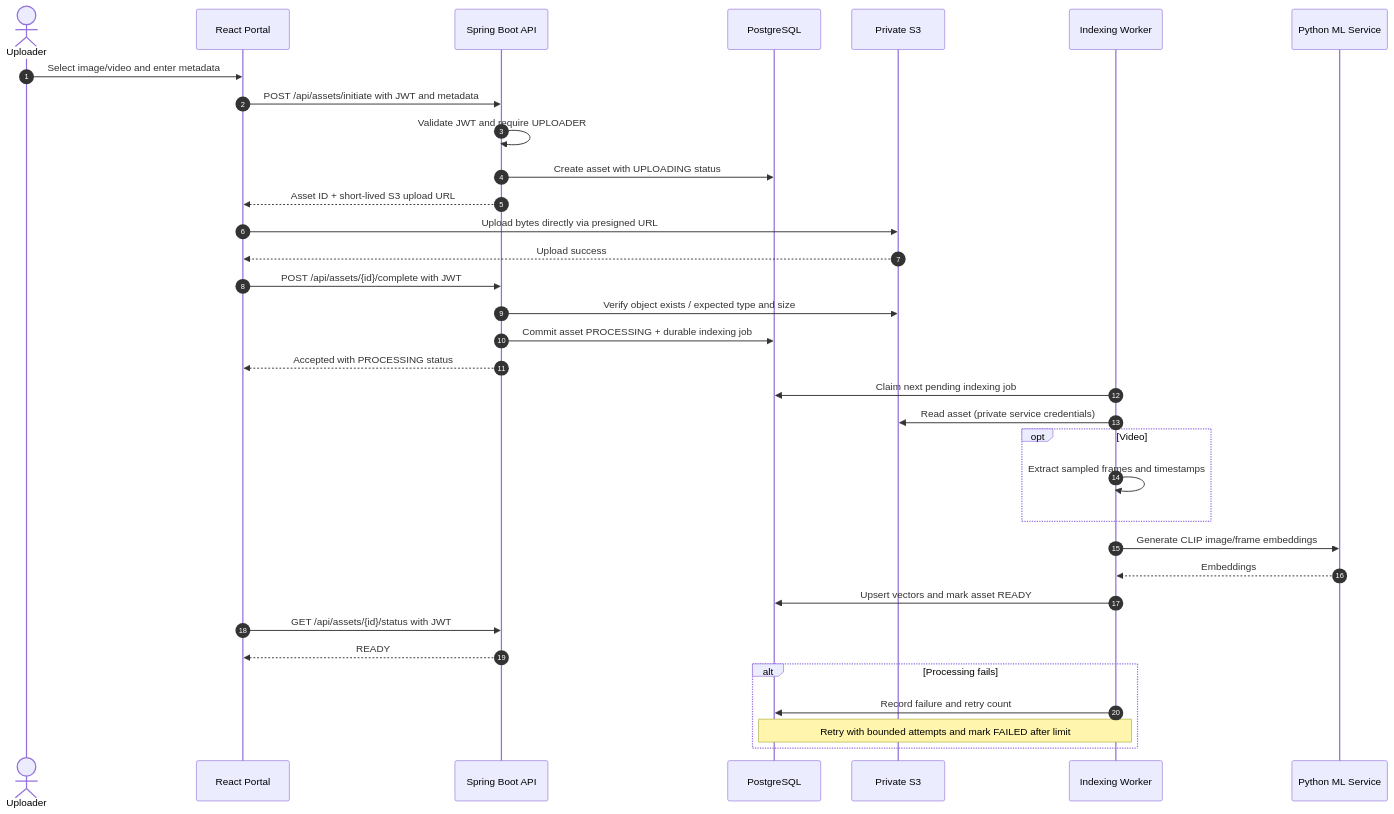
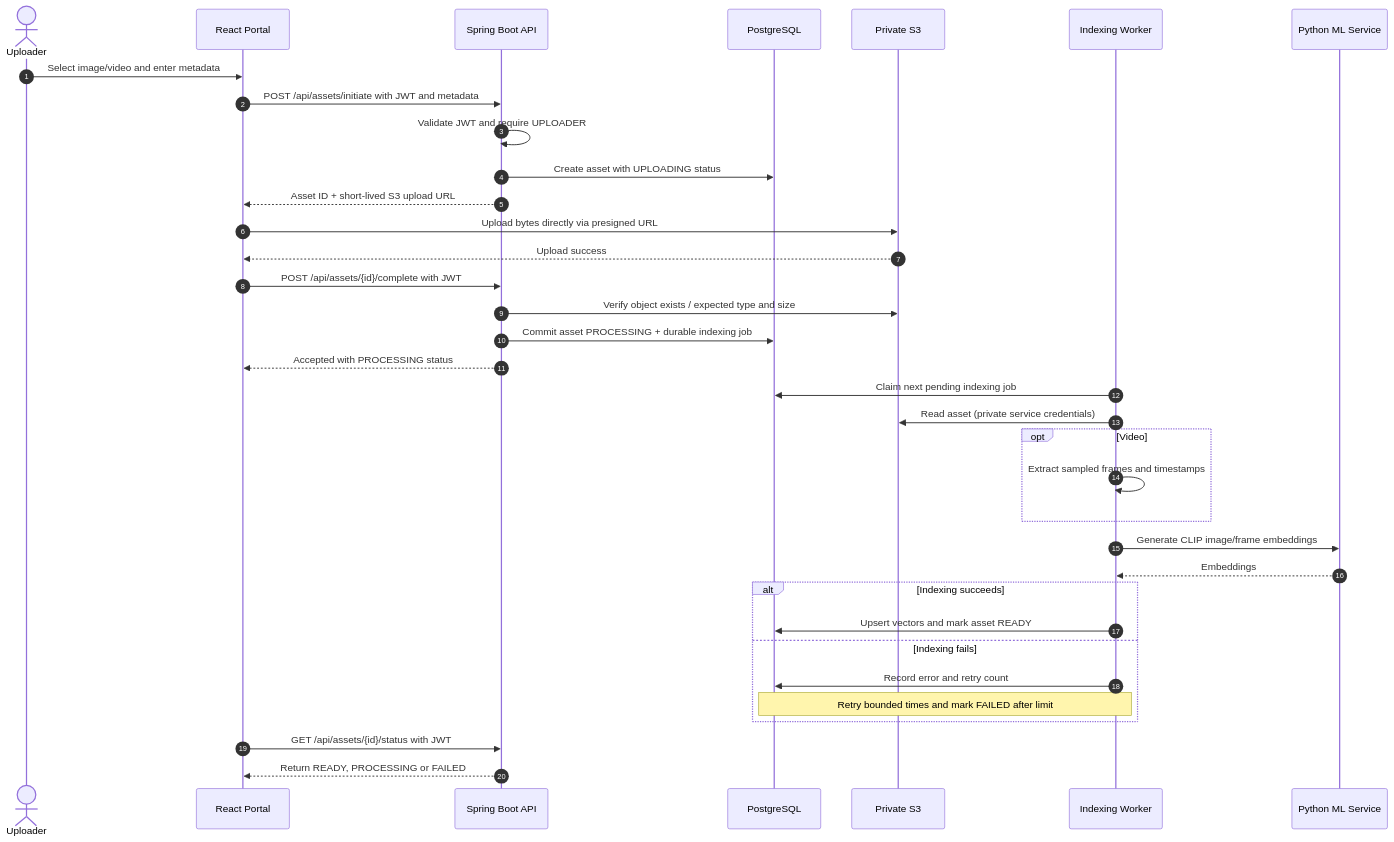
One commit to mathewpius19/Media-Mesh changed the fourth of 7 diagrams in docs/design/NATGEO_STAKEHOLDER_DESIGN.md. Above: the diagram before and after it, drawn with Mermaid. The commit also changed other lines of this file, not shown here.

````diff
--- a/docs/design/NATGEO_STAKEHOLDER_DESIGN.md
+++ b/docs/design/NATGEO_STAKEHOLDER_DESIGN.md
@@ -167,36 +169,37 @@
 ```mermaid
 sequenceDiagram
     autonumber
     actor Uploader
     participant Web as React Portal
     participant API as Spring Boot API
     participant DB as PostgreSQL
     participant S3 as Private S3
     participant Worker as Indexing Worker
     participant ML as Python ML Service
     Uploader->>Web: Select image/video and enter metadata
     Web->>API: POST /api/assets/initiate with JWT and metadata
     API->>API: Validate JWT and require UPLOADER
     API->>DB: Create asset with UPLOADING status
     API-->>Web: Asset ID + short-lived S3 upload URL
     Web->>S3: Upload bytes directly via presigned URL
     S3-->>Web: Upload success
     Web->>API: POST /api/assets/{id}/complete with JWT
     API->>S3: Verify object exists / expected type and size
     API->>DB: Commit asset PROCESSING + durable indexing job
     API-->>Web: Accepted with PROCESSING status
     Worker->>DB: Claim next pending indexing job
     Worker->>S3: Read asset (private service credentials)
     opt Video
         Worker->>Worker: Extract sampled frames and timestamps
     end
     Worker->>ML: Generate CLIP image/frame embeddings
     ML-->>Worker: Embeddings
-    Worker->>DB: Upsert vectors and mark asset READY
+    alt Indexing succeeds
+        Worker->>DB: Upsert vectors and mark asset READY
+    else Indexing fails
+        Worker->>DB: Record error and retry count
+        Note over Worker,DB: Retry bounded times and mark FAILED after limit
+    end
     Web->>API: GET /api/assets/{id}/status with JWT
-    API-->>Web: READY
-    alt Processing fails
-        Worker->>DB: Record failure and retry count
-        Note over Worker,DB: Retry with bounded attempts and mark FAILED after limit
-    end
+    API-->>Web: Return READY, PROCESSING or FAILED
 ```
````
